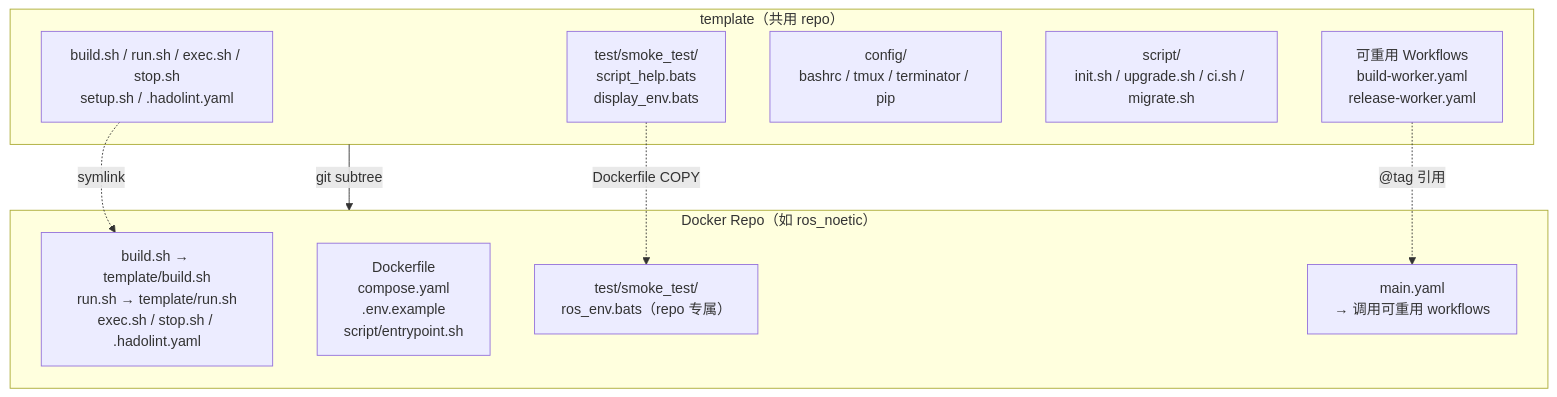
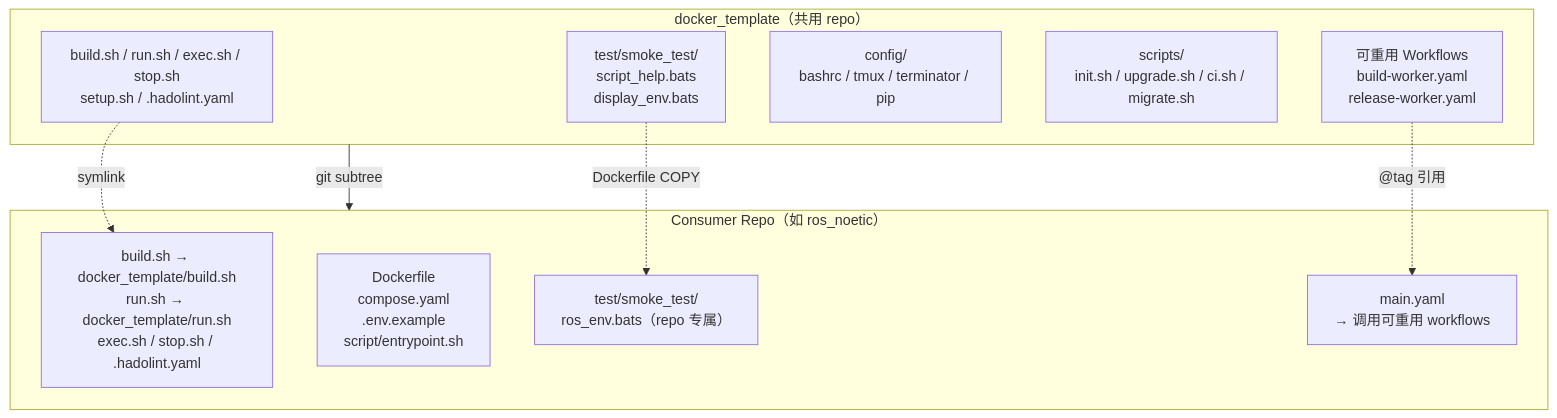
One commit to ycpss91255-docker/docker_template changed the first of 2 diagrams in doc/readme/README.zh-CN.md. Above: the diagram before and after it, drawn with Mermaid. The commit also changed other lines of this file and 4 other files, not shown here.

````diff
--- a/doc/readme/README.zh-CN.md
+++ b/doc/readme/README.zh-CN.md
@@ -39,22 +39,22 @@
 ```mermaid
 graph TB
-    subgraph template["template（共用 repo）"]
+    subgraph docker_template["docker_template（共用 repo）"]
         scripts["build.sh / run.sh / exec.sh / stop.sh<br/>setup.sh / .hadolint.yaml"]
         smoke["test/smoke_test/<br/>script_help.bats<br/>display_env.bats"]
         config["config/<br/>bashrc / tmux / terminator / pip"]
-        mgmt["script/<br/>init.sh / upgrade.sh / ci.sh / migrate.sh"]
+        mgmt["scripts/<br/>init.sh / upgrade.sh / ci.sh / migrate.sh"]
         workflows["可重用 Workflows<br/>build-worker.yaml<br/>release-worker.yaml"]
     end
 
-    subgraph consumer["Docker Repo（如 ros_noetic）"]
-        symlinks["build.sh → template/build.sh<br/>run.sh → template/run.sh<br/>exec.sh / stop.sh / .hadolint.yaml"]
+    subgraph consumer["Consumer Repo（如 ros_noetic）"]
+        symlinks["build.sh → docker_template/build.sh<br/>run.sh → docker_template/run.sh<br/>exec.sh / stop.sh / .hadolint.yaml"]
         dockerfile["Dockerfile<br/>compose.yaml<br/>.env.example<br/>script/entrypoint.sh"]
         repo_test["test/smoke_test/<br/>ros_env.bats（repo 专属）"]
         main_yaml["main.yaml<br/>→ 调用可重用 workflows"]
     end
 
-    template -- "git subtree" --> consumer
+    docker_template -- "git subtree" --> consumer
     scripts -. "symlink" .-> symlinks
     smoke -. "Dockerfile COPY" .-> repo_test
     workflows -. "@tag 引用" .-> main_yaml
 ```
````
